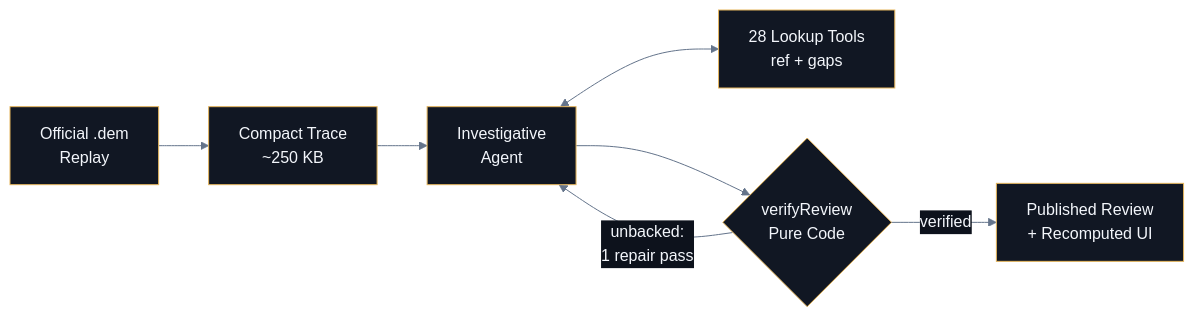
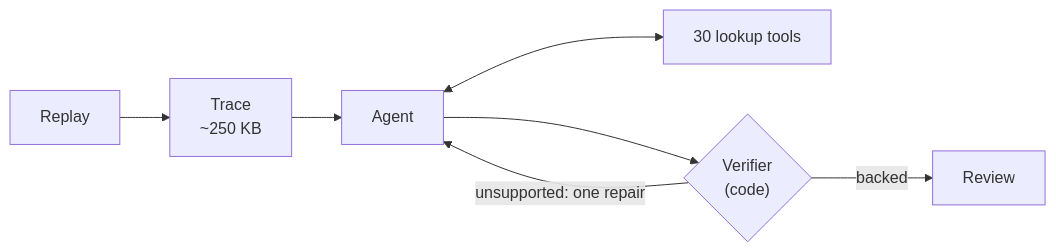
One commit to qianhaoq/dota2.ai changed the diagram in README.md. Above: the diagram before and after it, drawn with Mermaid. The commit also changed other lines of this file and 2 other files, not shown here.

First line of the commit message:
docs(readme): back to the short READMEs, with today's facts, and a test that holds them to the code (#418)

````diff
--- a/README.md
+++ b/README.md
@@ -169,10 +101,9 @@
 ```mermaid
-%%{init: {'theme': 'base', 'themeVariables': {'primaryColor': '#111723', 'primaryTextColor': '#f3f6fb', 'primaryBorderColor': '#e5b55c', 'lineColor': '#64748b', 'secondaryColor': '#0d121c', 'tertiaryColor': '#090d14'}}}%%
 flowchart LR
-    R["Official .dem<br/>Replay"] --> T["Compact Trace<br/>~250 KB"]
-    T --> A["Investigative<br/>Agent"]
-    A <--> L["28 Lookup Tools<br/>ref + gaps"]
-    A --> V{"verifyReview<br/>Pure Code"}
-    V -- "unbacked:<br/>1 repair pass" --> A
-    V -- "verified" --> D["Published Review<br/>+ Recomputed UI"]
+    R["Replay"] --> T["Trace<br/>~250 KB"]
+    T --> A["Agent"]
+    A <--> L["30 lookup tools"]
+    A --> V{"Verifier<br/>(code)"}
+    V -- "unsupported: one repair" --> A
+    V -- "backed" --> D["Review"]
 ```
````
